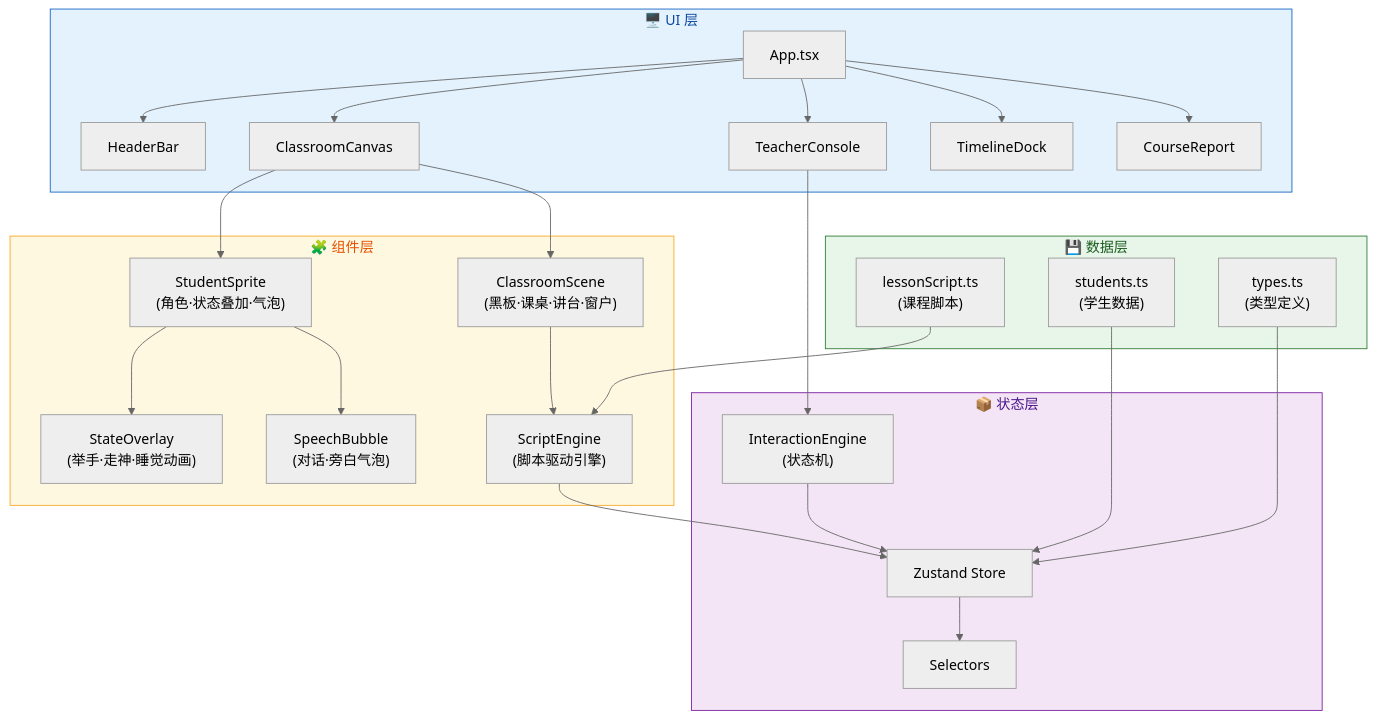
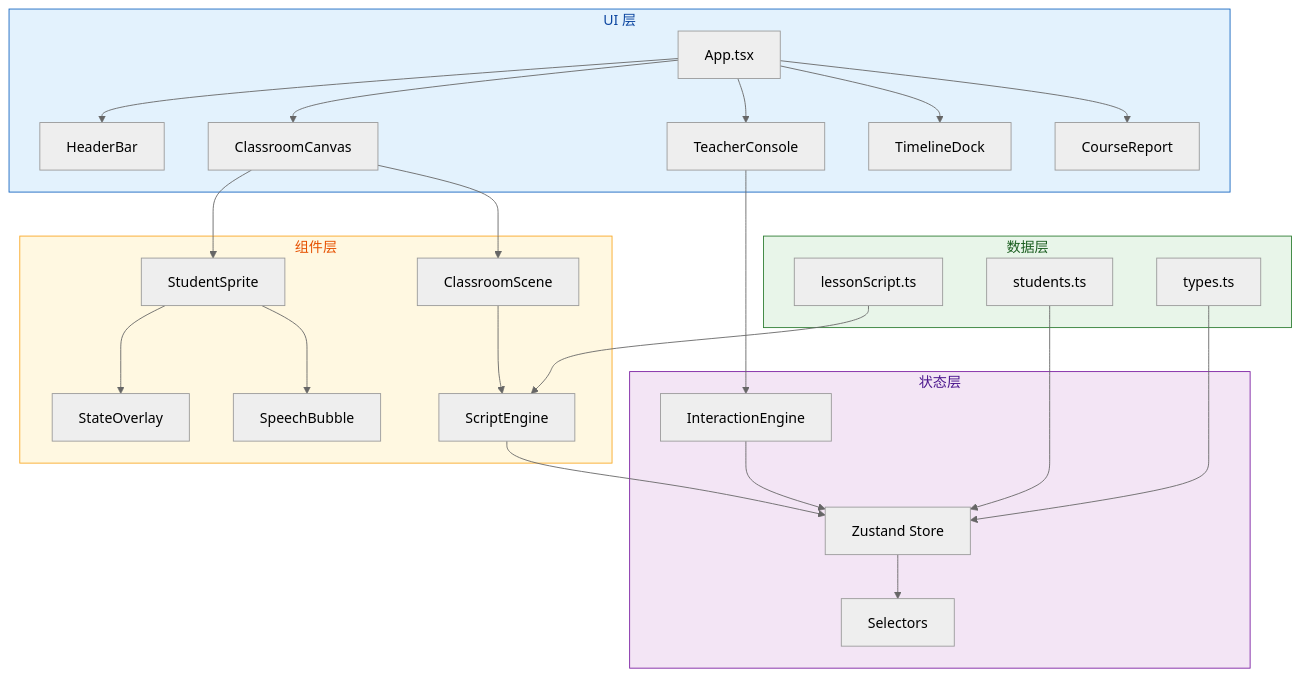
One commit to lzytttttt/ai-virtual-classroom changed the third of 5 diagrams in README.md. Above: the diagram before and after it, drawn with Mermaid (neutral theme). The commit also changed other lines of this file, not shown here.

Commit message:
fix: 修复Mermaid图表GitHub渲染兼容性问题

````diff
--- a/README.md
+++ b/README.md
@@ -218,50 +218,50 @@
 ```mermaid
 graph TB
-    subgraph UI["🖥️ UI 层"]
+    subgraph UI["UI 层"]
         App["App.tsx"]
         HC["HeaderBar"]
         CC["ClassroomCanvas"]
         TC["TeacherConsole"]
         TD["TimelineDock"]
         CR["CourseReport"]
     end
 
-    subgraph Components["🧩 组件层"]
-        CS["ClassroomScene<br/>(黑板·课桌·讲台·窗户)"]
-        SS["StudentSprite<br/>(角色·状态叠加·气泡)"]
-        SO["StateOverlay<br/>(举手·走神·睡觉动画)"]
-        SB["SpeechBubble<br/>(对话·旁白气泡)"]
-        SE["ScriptEngine<br/>(脚本驱动引擎)"]
+    subgraph Components["组件层"]
+        CS["ClassroomScene"]
+        SS["StudentSprite"]
+        SO["StateOverlay"]
+        SB["SpeechBubble"]
+        SE["ScriptEngine"]
     end
 
-    subgraph State["📦 状态层"]
+    subgraph State["状态层"]
         ZS["Zustand Store"]
         SEL["Selectors"]
-        IE["InteractionEngine<br/>(状态机)"]
+        IE["InteractionEngine"]
     end
 
-    subgraph Data["💾 数据层"]
-        LS["lessonScript.ts<br/>(课程脚本)"]
-        SD["students.ts<br/>(学生数据)"]
-        TP["types.ts<br/>(类型定义)"]
+    subgraph Data["数据层"]
+        LS["lessonScript.ts"]
+        SD["students.ts"]
+        TP["types.ts"]
     end
 
     App --> HC & CC & TC & TD & CR
     CC --> CS & SS
     SS --> SO & SB
     CS --> SE
 
     SE --> ZS
     TC --> IE
     IE --> ZS
     ZS --> SEL
 
     LS --> SE
     SD --> ZS
     TP --> ZS
 
     style UI fill:#E3F2FD,stroke:#1565C0,color:#0D47A1
     style Components fill:#FFF8E1,stroke:#F9A825,color:#E65100
     style State fill:#F3E5F5,stroke:#7B1FA2,color:#4A148C
     style Data fill:#E8F5E9,stroke:#2E7D32,color:#1B5E20
 ```
````
